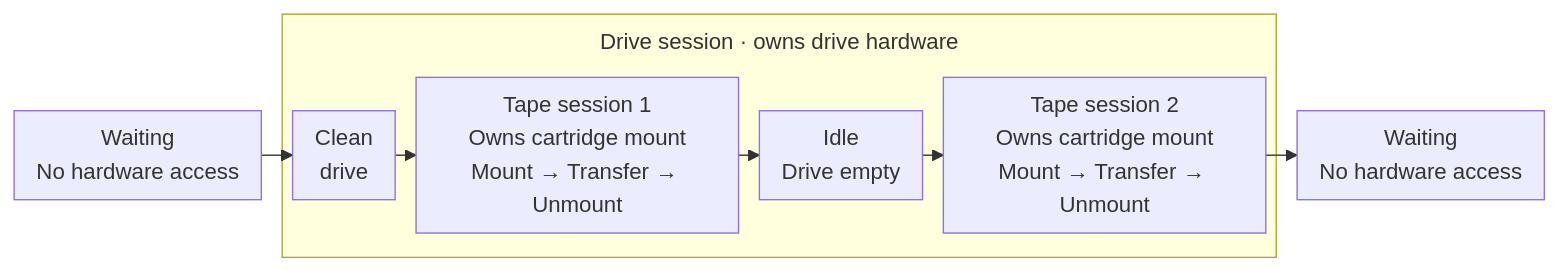
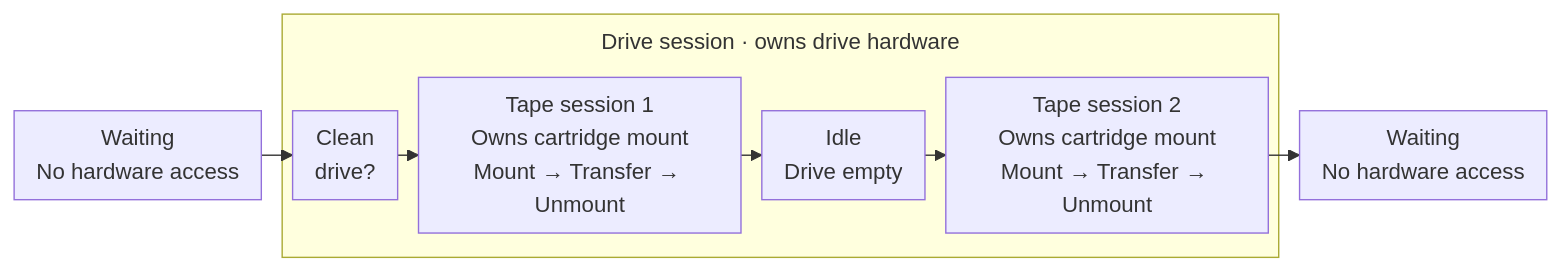
One commit to cern-cta/CTA changed the first of 3 diagrams in docs/content/concepts/components/tape-daemon.md. Above: the diagram before and after it, drawn with Mermaid. The commit also changed other lines of this file and 1 other file, not shown here.

````diff
--- a/docs/content/concepts/components/tape-daemon.md
+++ b/docs/content/concepts/components/tape-daemon.md
@@ -8,17 +8,17 @@
 ```mermaid
 %%{init: {"flowchart": {"nodeSpacing": 15, "rankSpacing": 15, "padding": 8, "subGraphTitleMargin": {"top": 8, "bottom": 20}}}}%%
 flowchart LR
     before["Waiting<br/>No hardware access"]
 
     subgraph drive["Drive session · owns drive hardware"]
-        clean["Clean<br/>drive"]
+        clean["Clean<br/>drive?"]
         tape1["Tape session 1<br/>Owns cartridge mount<br/>Mount → Transfer → Unmount"]
         idle["Idle<br/>Drive empty"]
         tape2["Tape session 2<br/>Owns cartridge mount<br/>Mount → Transfer → Unmount"]
         clean --> tape1 --> idle --> tape2
     end
 
     after["Waiting<br/>No hardware access"]
     before --> clean
     tape2 --> after
 ```
````
